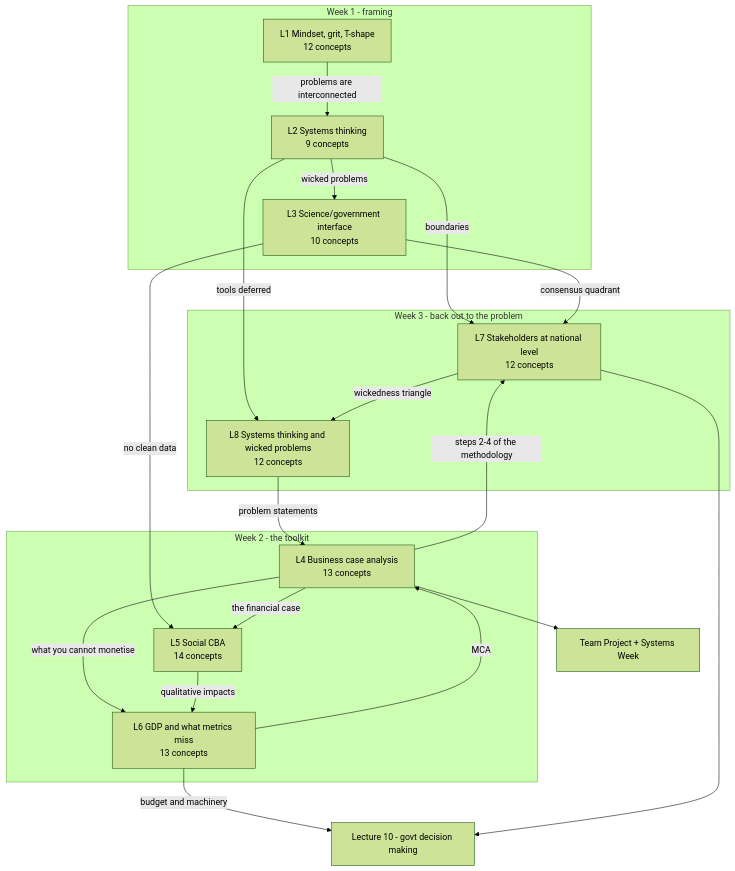
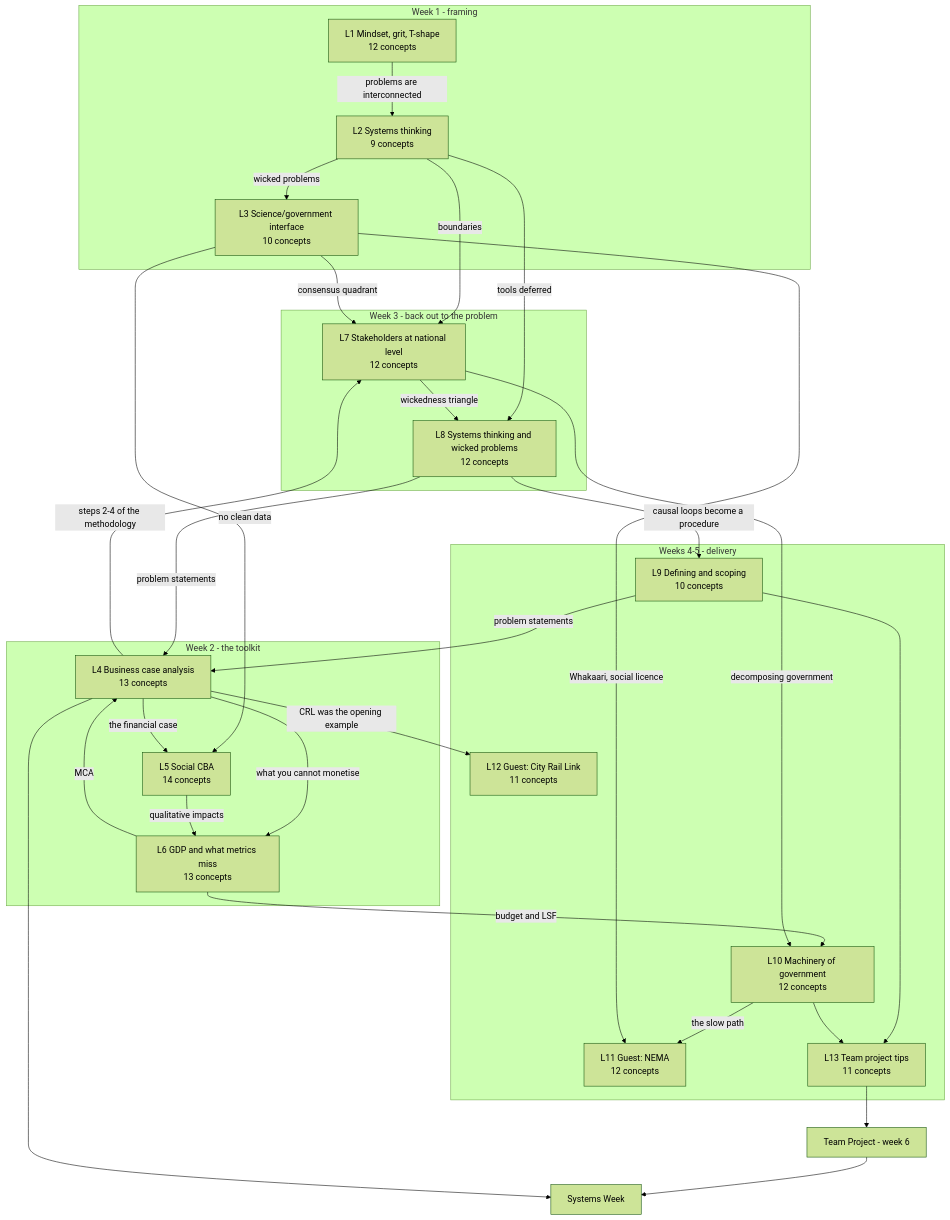
Before and after one commit to ZingZing001/uni-study: the diagram in Sem2/ENGGEN403/course-context/syllabus-map.md, drawn with Mermaid (forest theme). The commit also changed other lines of this file and 2 other files, not shown here.

Commit message:
ENGGEN403: review queue and syllabus map updated for L9-L13 (151 concepts, course fully ingested)

````diff
--- a/Sem2/ENGGEN403/course-context/syllabus-map.md
+++ b/Sem2/ENGGEN403/course-context/syllabus-map.md
@@ -13,33 +13,49 @@
 ```mermaid
 graph TD
     subgraph W1[Week 1 - framing]
       L1[L1 Mindset, grit, T-shape<br/>12 concepts]
       L2[L2 Systems thinking<br/>9 concepts]
       L3[L3 Science/government interface<br/>10 concepts]
     end
     subgraph W2[Week 2 - the toolkit]
       L4[L4 Business case analysis<br/>13 concepts]
       L5[L5 Social CBA<br/>14 concepts]
       L6[L6 GDP and what metrics miss<br/>13 concepts]
     end
     subgraph W3[Week 3 - back out to the problem]
       L7[L7 Stakeholders at national level<br/>12 concepts]
       L8[L8 Systems thinking and wicked problems<br/>12 concepts]
     end
     L1 -->|problems are interconnected| L2
     L2 -->|wicked problems| L3
     L2 -->|boundaries| L7
     L2 -->|tools deferred| L8
     L3 -->|consensus quadrant| L7
     L3 -->|no clean data| L5
     L4 -->|the financial case| L5
     L4 -->|what you cannot monetise| L6
     L4 -->|steps 2-4 of the methodology| L7
     L5 -->|qualitative impacts| L6
     L6 -->|MCA| L4
     L7 -->|wickedness triangle| L8
     L8 -->|problem statements| L4
-    L4 --> PROJ[Team Project + Systems Week]
-    L6 -->|budget and machinery| L10[Lecture 10 - govt decision making]
-    L7 --> L10
+    subgraph W45[Weeks 4-5 - delivery]
+      L9[L9 Defining and scoping<br/>10 concepts]
+      L10[L10 Machinery of government<br/>12 concepts]
+      L11[L11 Guest: NEMA<br/>12 concepts]
+      L12[L12 Guest: City Rail Link<br/>11 concepts]
+      L13[L13 Team project tips<br/>11 concepts]
+    end
+    L8 -->|causal loops become a procedure| L9
+    L9 -->|problem statements| L4
+    L6 -->|budget and LSF| L10
+    L7 -->|decomposing government| L10
+    L10 -->|the slow path| L11
+    L3 -->|Whakaari, social licence| L11
+    L4 -->|CRL was the opening example| L12
+    L9 --> L13
+    L10 --> L13
+    L13 --> PROJ[Team Project - week 6]
+    PROJ --> SW[Systems Week]
+    L4 --> SW
 ```
````
